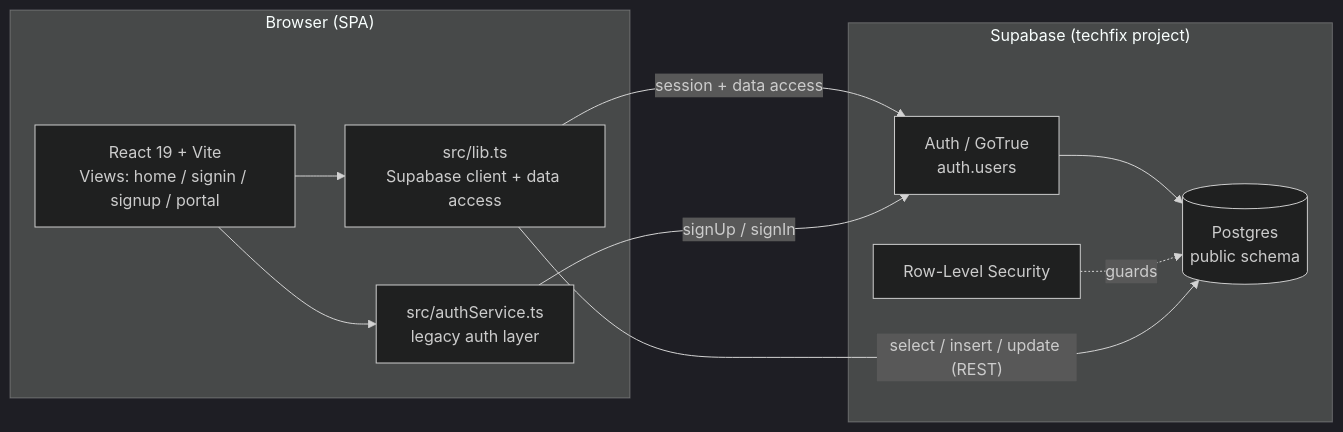
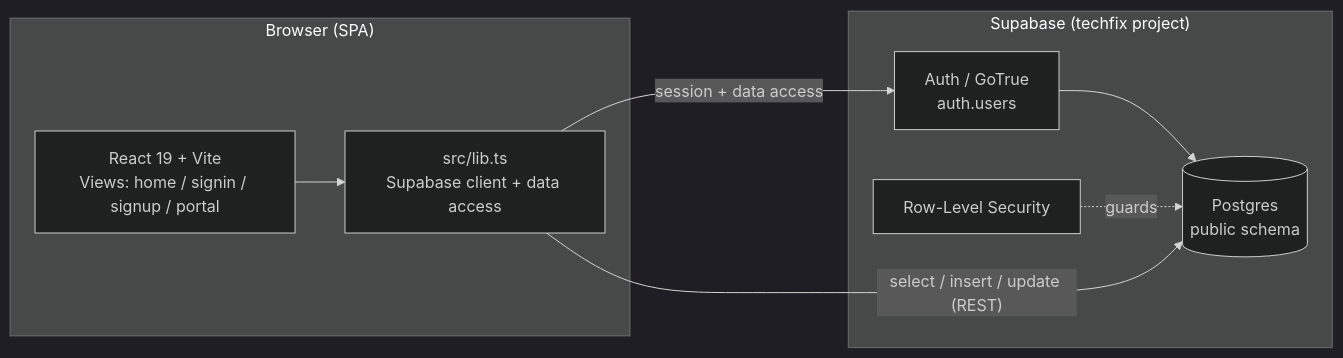
Before and after one commit to SeanixReal/Jobelonese: the first of 5 diagrams in docs/ARCHITECTURE.md, drawn with Mermaid (dark theme). The commit also changed other lines of this file and 20 other files, not shown here.

````diff
--- a/docs/ARCHITECTURE.md
+++ b/docs/ARCHITECTURE.md
@@ -9,22 +9,19 @@
 ```mermaid
 flowchart LR
     subgraph Browser["Browser (SPA)"]
         UI["React 19 + Vite<br/>Views: home / signin / signup / portal"]
         LIB["src/lib.ts<br/>Supabase client + data access"]
-        AUTH_SVC["src/authService.ts<br/>legacy auth layer"]
         UI --> LIB
-        UI --> AUTH_SVC
     end
 
     subgraph Supabase["Supabase (techfix project)"]
         AUTH["Auth / GoTrue<br/>auth.users"]
         DB[("Postgres<br/>public schema")]
         RLS["Row-Level Security"]
         AUTH --> DB
         RLS -.guards.-> DB
     end
 
     LIB -- "session + data access" --> AUTH
-    AUTH_SVC -- "signUp / signIn" --> AUTH
     LIB -- "select / insert / update (REST)" --> DB
 ```
````
